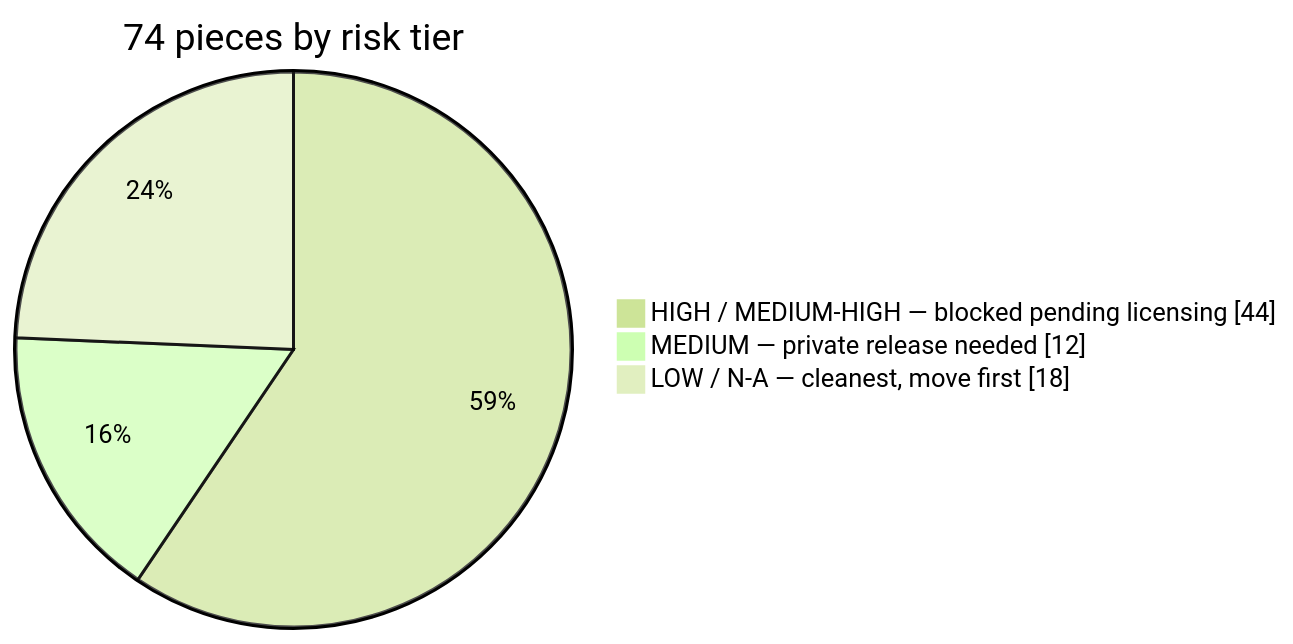
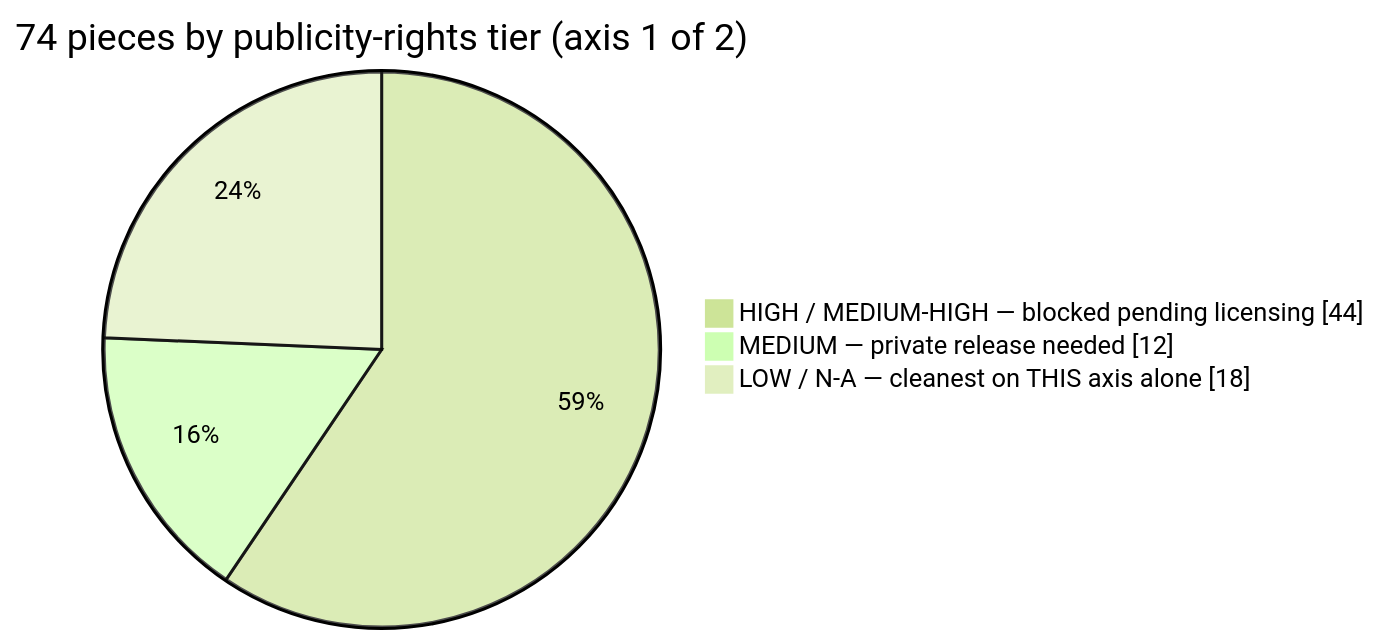
One commit to FTHTrading/Relics changed the second of 4 diagrams in README.md. Above: the diagram before and after it, drawn with Mermaid (forest theme). The commit also changed other lines of this file and 1 other file, not shown here.

First line of the commit message:
Widen catalog review to a trademark/logo axis after the Miami Bull finding

````diff
--- a/README.md
+++ b/README.md
@@ -137,7 +139,7 @@
 ```mermaid
 pie showData
-    title 74 pieces by risk tier
+    title 74 pieces by publicity-rights tier (axis 1 of 2)
     "HIGH / MEDIUM-HIGH — blocked pending licensing" : 44
     "MEDIUM — private release needed" : 12
-    "LOW / N-A — cleanest, move first" : 18
+    "LOW / N-A — cleanest on THIS axis alone" : 18
 ```
````
